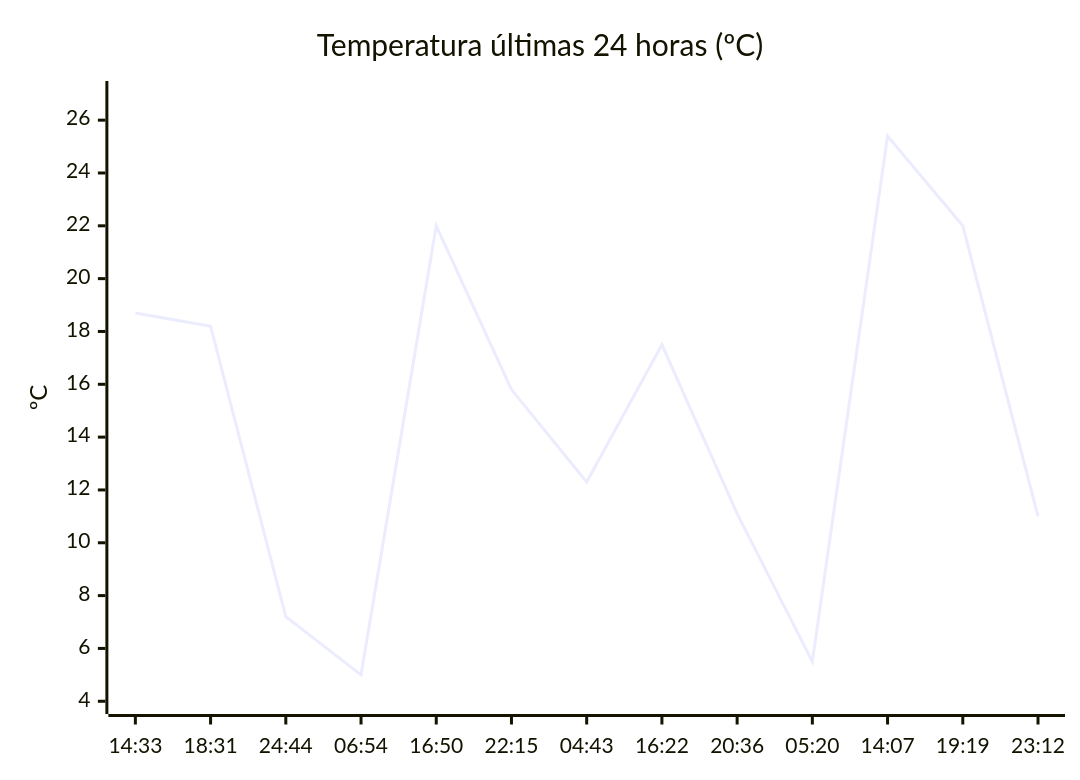
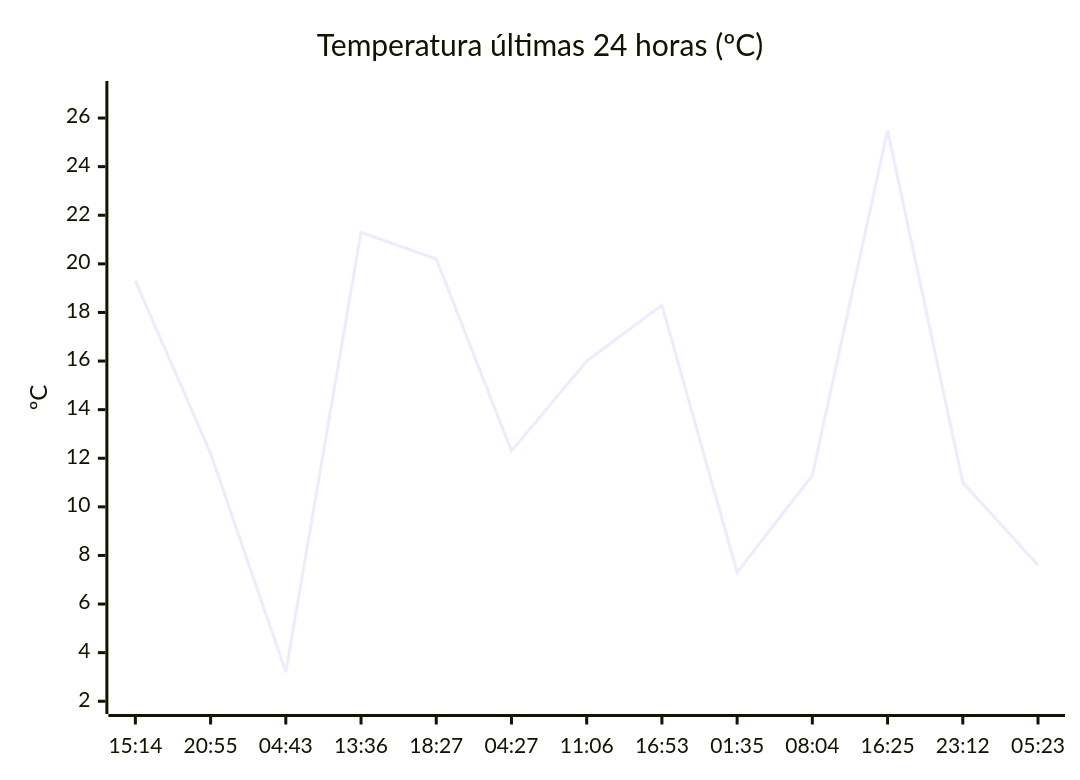
Before and after one commit to solidsnk86/rem-scrap: the diagram in README.md, drawn with Mermaid. The commit also changed other lines of this file, not shown here.

````diff
--- a/README.md
+++ b/README.md
@@ -32,7 +36,7 @@
 ```mermaid
 xychart-beta
     title "Temperatura últimas 24 horas (ºC)"
-    x-axis ["14:33", "18:31", "24:44", "06:54", "16:50", "22:15", "04:43", "16:22", "20:36", "05:20", "14:07", "19:19", "23:12"]
-    y-axis "ºC" 4 --> 27
-    line [18.7, 18.2, 7.2, 5, 22, 15.8, 12.3, 17.5, 11.1, 5.5, 25.4, 22, 11]
+    x-axis ["15:14", "20:55", "04:43", "13:36", "18:27", "04:27", "11:06", "16:53", "01:35", "08:04", "16:25", "23:12", "05:23"]
+    y-axis "ºC" 2 --> 27
+    line [19.3, 12.2, 3.2, 21.3, 20.2, 12.3, 16, 18.3, 7.3, 11.3, 25.5, 11, 7.6]
 ```
````
